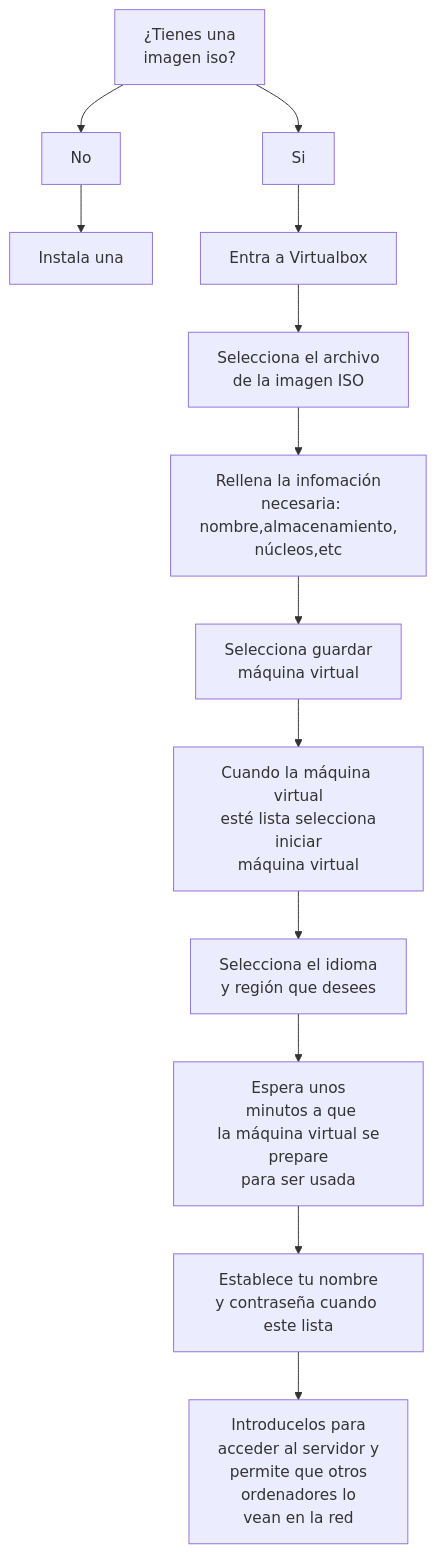
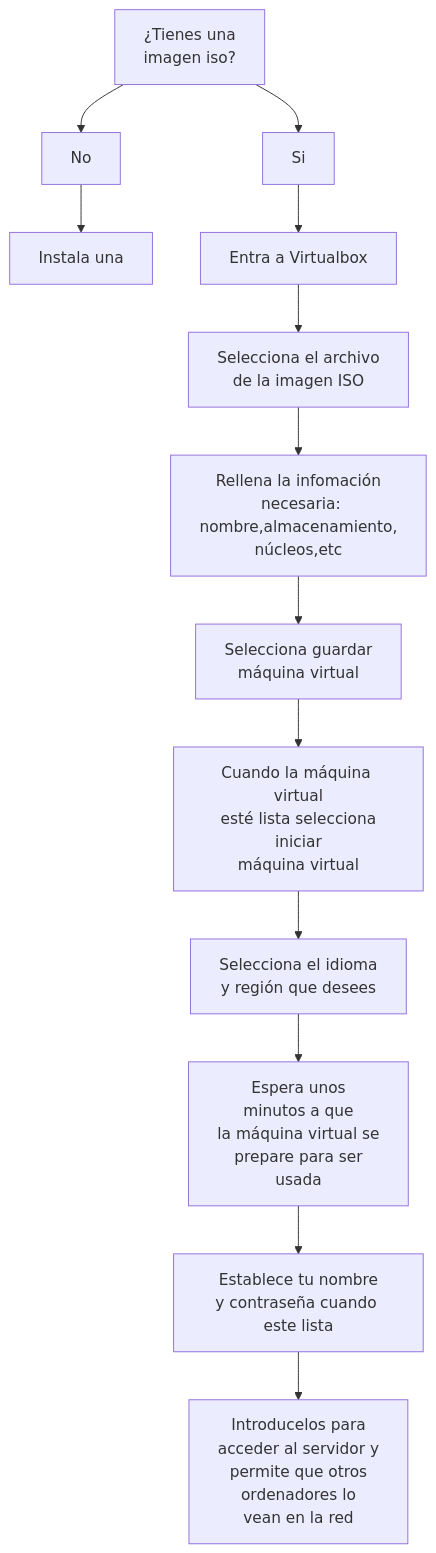
The diagram in Guía-digital-instalacion-windows-visual.md (jesmattri-cpu/Tarea-Windows-server-visual), drawn with Mermaid before and after one commit. The commit also changed other lines of this file, not shown here.

````diff
--- a/Guía-digital-instalacion-windows-visual.md
+++ b/Guía-digital-instalacion-windows-visual.md
@@ -1,33 +2,34 @@
 ```mermaid
 graph TD;
     id1[¿Tienes una
  imagen iso?]-->id3[Si];
     id1[¿Tienes una
  imagen iso?]-->id2[No];
     id2[No]-->id4[Instala una];
     id3[Si]-->id5[Entra a Virtualbox];
     id5-->id6[Selecciona el archivo
  de la imagen ISO];
 id6-->id7[Rellena la infomación
  necesaria:
 nombre,almacenamiento,
 núcleos,etc];
 id7-->id8[Selecciona guardar
 máquina virtual];
 id8-->id9[Cuando la máquina virtual
  esté lista selecciona iniciar
 máquina virtual];
 id9-->id10[Selecciona el idioma
 y región que desees]
 id10-->id11[Espera unos
  minutos a que
- la máquina virtual se prepare
-para ser usada];
+ la máquina virtual se
+prepare para ser
+usada];
 id11-->id12[Establece tu nombre
 y contraseña cuando este lista]
 id12-->id13[Introducelos para
 acceder al servidor y
 permite que otros
  ordenadores lo
 vean en la red]
 ```
````
